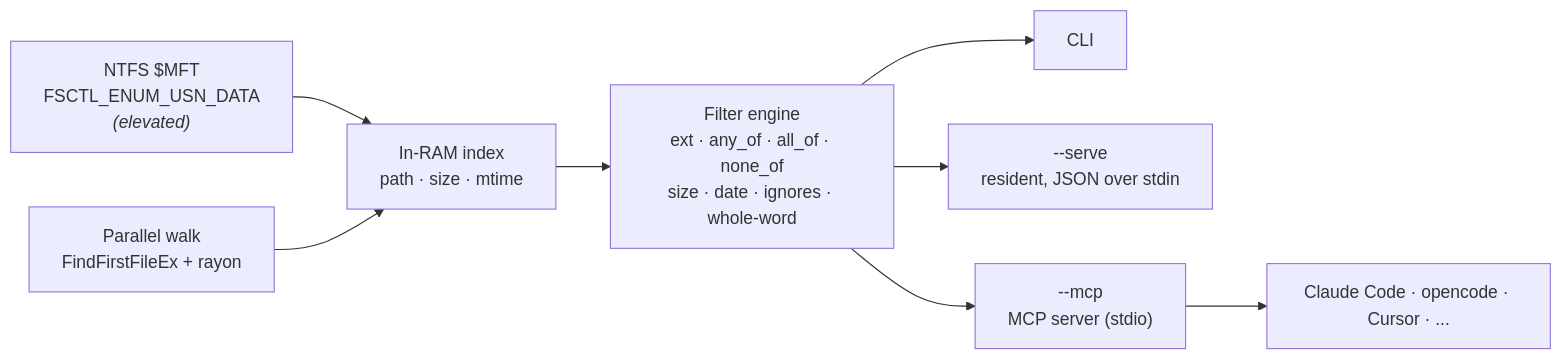
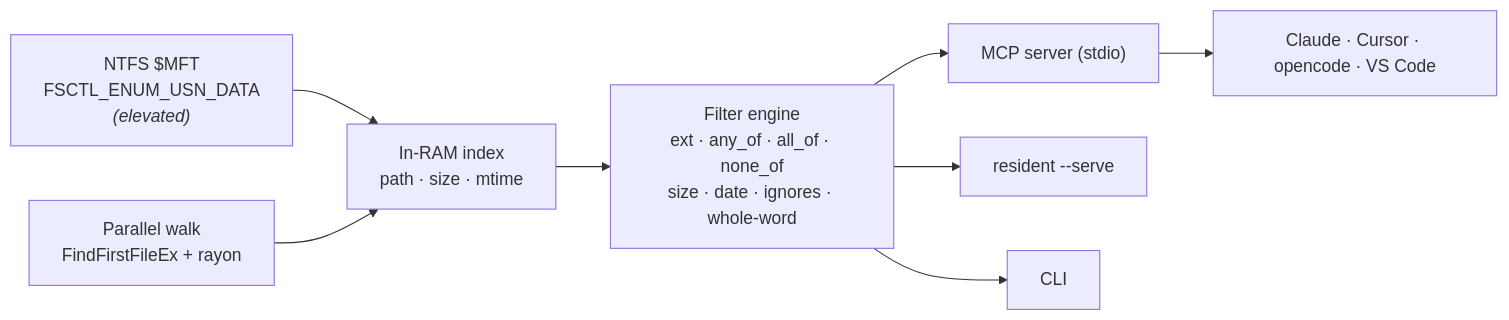
One commit to adisingh396/fastfind changed the diagram in README.md. Above: the diagram before and after it, drawn with Mermaid. The commit also changed other lines of this file, not shown here.

Commit message:
docs: reposition as an MCP-first file-discovery server for AI agents

````diff
--- a/README.md
+++ b/README.md
@@ -53,10 +117,10 @@
 ```mermaid
 flowchart LR
   MFT["NTFS $MFT<br/>FSCTL_ENUM_USN_DATA<br/><i>(elevated)</i>"] --> IDX
   WALK["Parallel walk<br/>FindFirstFileEx + rayon"] --> IDX
-  IDX["In-RAM index<br/>path · size · mtime"] --> Q
-  Q["Filter engine<br/>ext · any_of · all_of · none_of<br/>size · date · ignores · whole-word"] --> CLI["CLI"]
-  Q --> SERVE["--serve<br/>resident, JSON over stdin"]
-  Q --> MCP["--mcp<br/>MCP server (stdio)"]
-  MCP --> AGENTS["Claude Code · opencode · Cursor · ..."]
+  IDX["In-RAM index<br/>path · size · mtime"] --> Q["Filter engine<br/>ext · any_of · all_of · none_of<br/>size · date · ignores · whole-word"]
+  Q --> MCP["MCP server (stdio)"]
+  Q --> SERVE["resident --serve"]
+  Q --> CLI["CLI"]
+  MCP --> AGENTS["Claude · Cursor · opencode · VS Code"]
 ```
````
